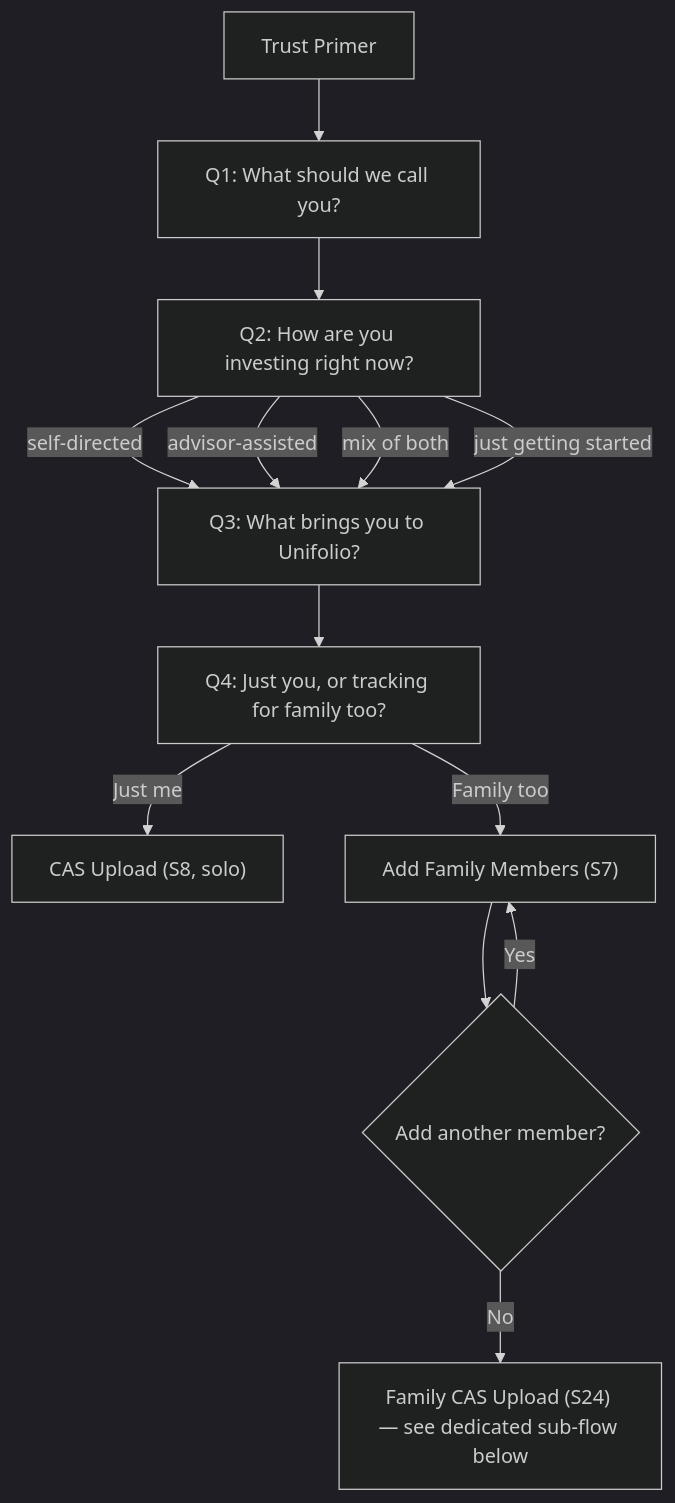
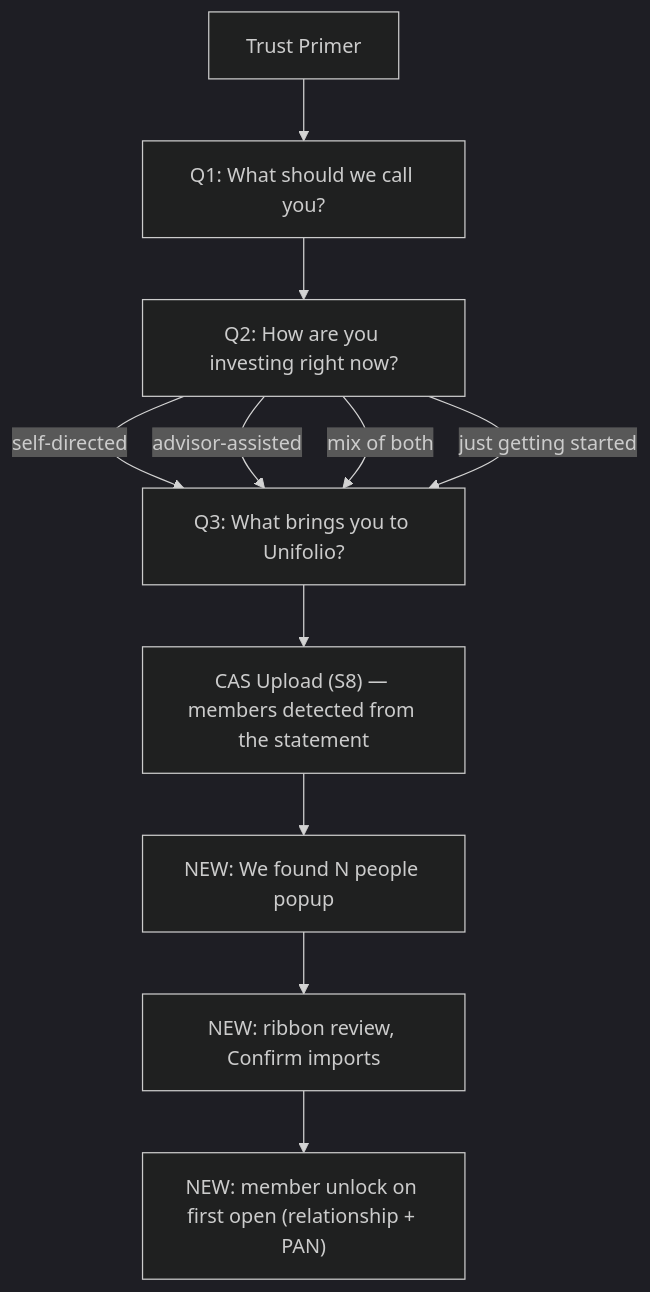
Before and after one commit to ayushkarnawat/MVP_V1_MF_only: the second of 4 diagrams in Docs/PRDs/App-Flow-Unifolio.md, drawn with Mermaid (dark theme). The commit also changed other lines of this file and 13 other files, not shown here.

Commit message:
docs: update PRDs, schema specs, and architecture decisions for CAS member detection

````diff
--- a/Docs/PRDs/App-Flow-Unifolio.md
+++ b/Docs/PRDs/App-Flow-Unifolio.md
@@ -113,16 +108,13 @@
 ```mermaid
 %% Expands S2-S8/S24-S26 with the exact branching logic from PRD-02
 flowchart TD
     T["Trust Primer"] --> Q1["Q1: What should we call you?"]
     Q1 --> Q2["Q2: How are you investing right now?"]
     Q2 -- "self-directed" --> Q3
     Q2 -- "advisor-assisted" --> Q3
     Q2 -- "mix of both" --> Q3
     Q2 -- "just getting started" --> Q3["Q3: What brings you to Unifolio?"]
-    Q3 --> Q4["Q4: Just you, or tracking for family too?"]
-    Q4 -- "Just me" --> Import["CAS Upload (S8, solo)"]
-    Q4 -- "Family too" --> Fam["Add Family Members (S7)"]
-    Fam --> FamLoop{"Add another member?"}
-    FamLoop -- Yes --> Fam
-    FamLoop -- No --> FamCas["Family CAS Upload (S24) — see dedicated sub-flow below"]
+    Q3 --> Import["CAS Upload (S8) — members detected from the statement"]
+    Import --> People["NEW: We found N people popup"] --> Ribbons["NEW: ribbon review, Confirm imports"]
+    Ribbons --> Unlock["NEW: member unlock on first open (relationship + PAN)"]
 ```
````
